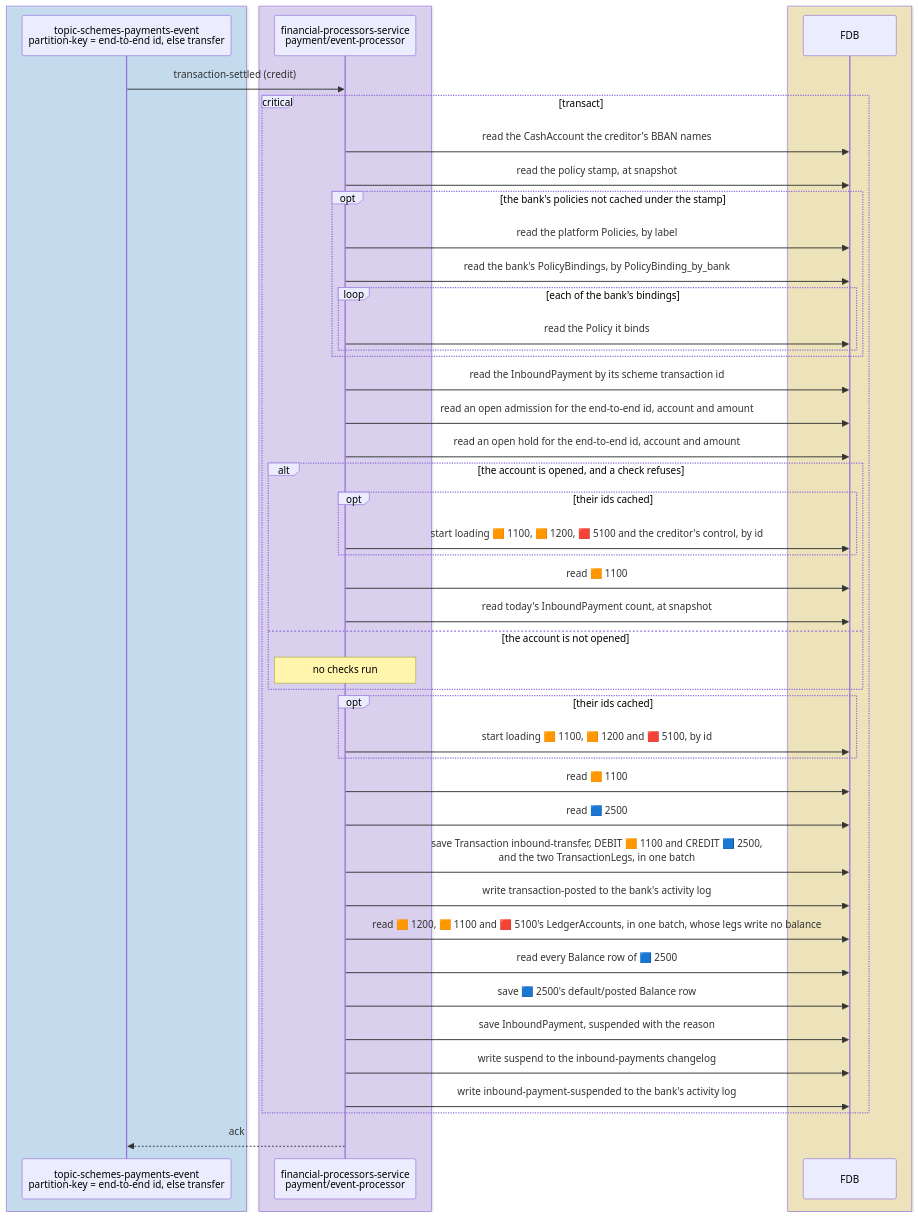
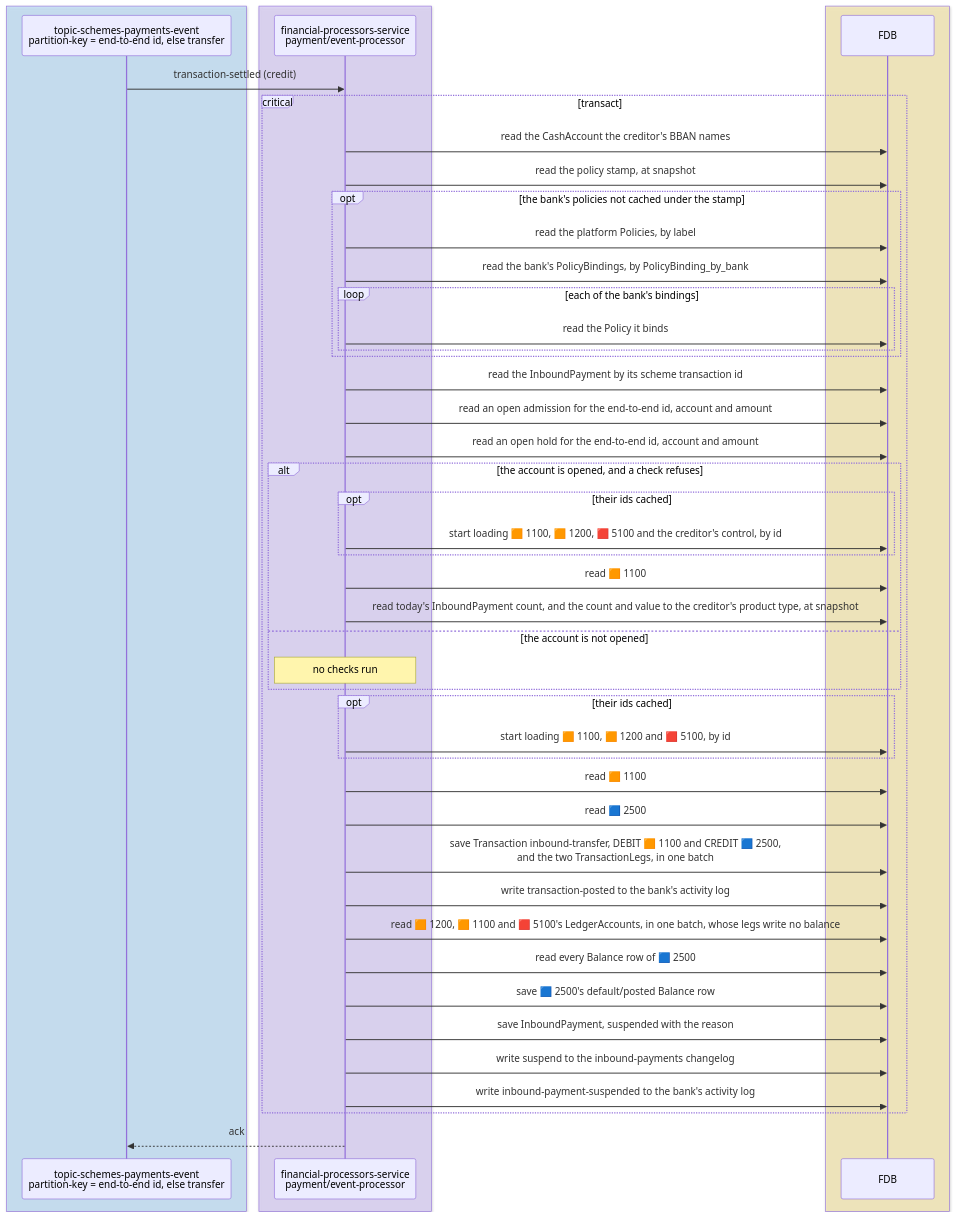
Before and after one commit to repldriven/queenswood: the fifth of 16 diagrams in docs/tdd/payments-inbound.md, drawn with Mermaid. The commit also changed other lines of this file and 104 other files, not shown here.

````diff
--- a/docs/tdd/payments-inbound.md
+++ b/docs/tdd/payments-inbound.md
@@ -282,50 +284,50 @@
 ```mermaid
 sequenceDiagram
     box rgba(165, 216, 255, 0.45)
     participant SE as topic-schemes-payments-event<br/>partition-key = end-to-end id, else transfer
     end
     box rgba(208, 191, 255, 0.45)
     participant PE as financial-processors-service<br/>payment/event-processor
     end
     box rgba(255, 236, 153, 0.5)
     participant DB as FDB
     end
     SE->>PE: transaction-settled (credit)
     critical transact
     PE->>DB: read the CashAccount the creditor's BBAN names
     PE->>DB: read the policy stamp, at snapshot
     opt the bank's policies not cached under the stamp
     PE->>DB: read the platform Policies, by label
     PE->>DB: read the bank's PolicyBindings, by PolicyBinding_by_bank
     loop each of the bank's bindings
     PE->>DB: read the Policy it binds
     end
     end
     PE->>DB: read the InboundPayment by its scheme transaction id
     PE->>DB: read an open admission for the end-to-end id, account and amount
     PE->>DB: read an open hold for the end-to-end id, account and amount
     alt the account is opened, and a check refuses
     opt their ids cached
     PE->>DB: start loading 🟧 1100, 🟧 1200, 🟥 5100 and the creditor's control, by id
     end
     PE->>DB: read 🟧 1100
-    PE->>DB: read today's InboundPayment count, at snapshot
+    PE->>DB: read today's InboundPayment count, and the count and value to the creditor's product type, at snapshot
     else the account is not opened
     Note over PE: no checks run
     end
     opt their ids cached
     PE->>DB: start loading 🟧 1100, 🟧 1200 and 🟥 5100, by id
     end
     PE->>DB: read 🟧 1100
     PE->>DB: read 🟦 2500
     PE->>DB: save Transaction inbound-transfer, DEBIT 🟧 1100 and CREDIT 🟦 2500,<br/>and the two TransactionLegs, in one batch
     PE->>DB: write transaction-posted to the bank's activity log
     PE->>DB: read 🟧 1200, 🟧 1100 and 🟥 5100's LedgerAccounts, in one batch, whose legs write no balance
     PE->>DB: read every Balance row of 🟦 2500
     PE->>DB: save 🟦 2500's default/posted Balance row
     PE->>DB: save InboundPayment, suspended with the reason
     PE->>DB: write suspend to the inbound-payments changelog
     PE->>DB: write inbound-payment-suspended to the bank's activity log
     end
     PE-->>SE: ack
 ```
````
